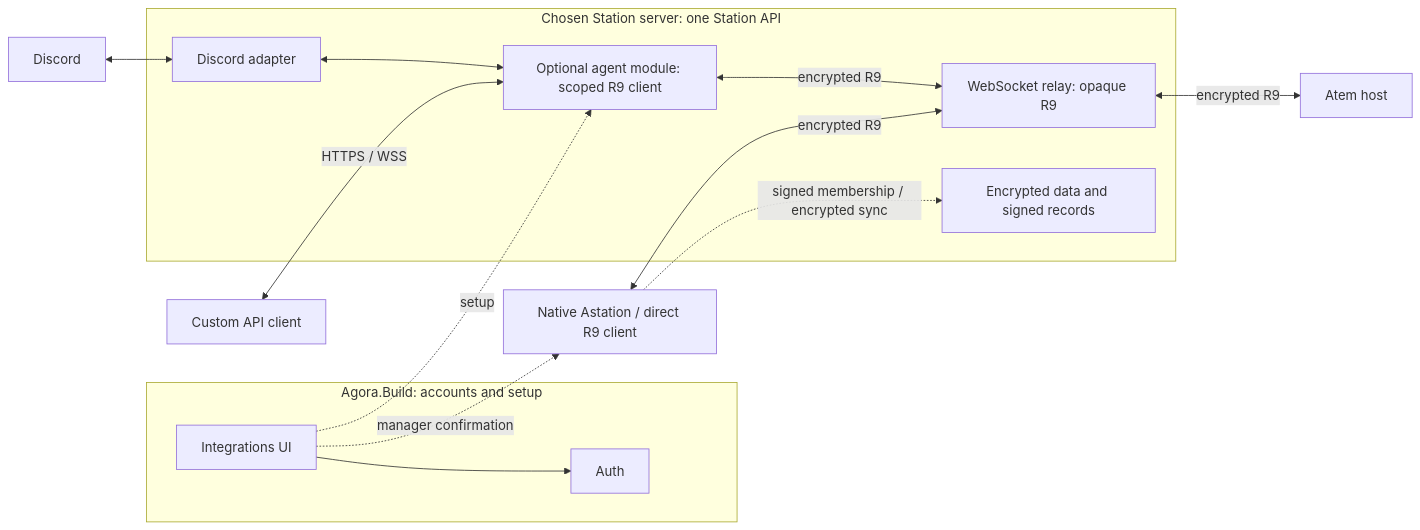
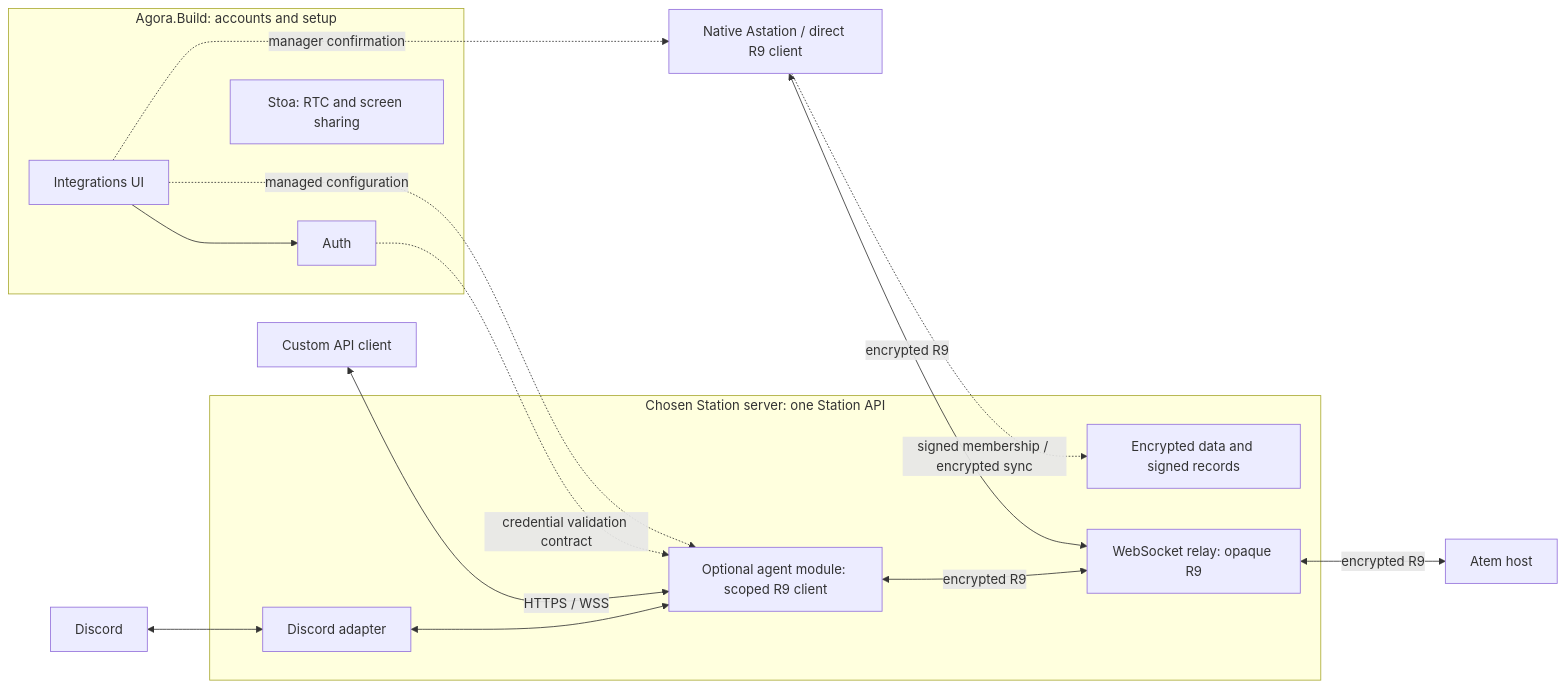
The diagram in designs/unified-integrations.md (Agora-Build/Astation), drawn with Mermaid before and after one commit. The commit also changed other lines of this file and 2 other files, not shown here.

First line of the commit message:
docs: assign auth management and media to Agora.Build

````diff
--- a/designs/unified-integrations.md
+++ b/designs/unified-integrations.md
@@ -137,23 +145,25 @@
 ```mermaid
 flowchart LR
     subgraph Account[Agora.Build: accounts and setup]
       Portal[Integrations UI]
       Auth[Auth]
+      Stoa[Stoa: RTC and screen sharing]
     end
     subgraph Station[Chosen Station server: one Station API]
       Relay[WebSocket relay: opaque R9]
       Store[Encrypted data and signed records]
       Agents[Optional agent module: scoped R9 client]
       DiscordAdapter[Discord adapter]
     end
     Native[Native Astation / direct R9 client] <-->|encrypted R9| Relay
     Relay <-->|encrypted R9| Atem[Atem host]
     Agents <-->|encrypted R9| Relay
     Custom[Custom API client] <-->|HTTPS / WSS| Agents
     Discord[Discord] <--> DiscordAdapter
     DiscordAdapter <--> Agents
     Portal --> Auth
-    Portal -. setup .-> Agents
+    Portal -. managed configuration .-> Agents
+    Auth -. credential validation contract .-> Agents
     Portal -. manager confirmation .-> Native
     Native -. signed membership / encrypted sync .-> Store
 ```
````
